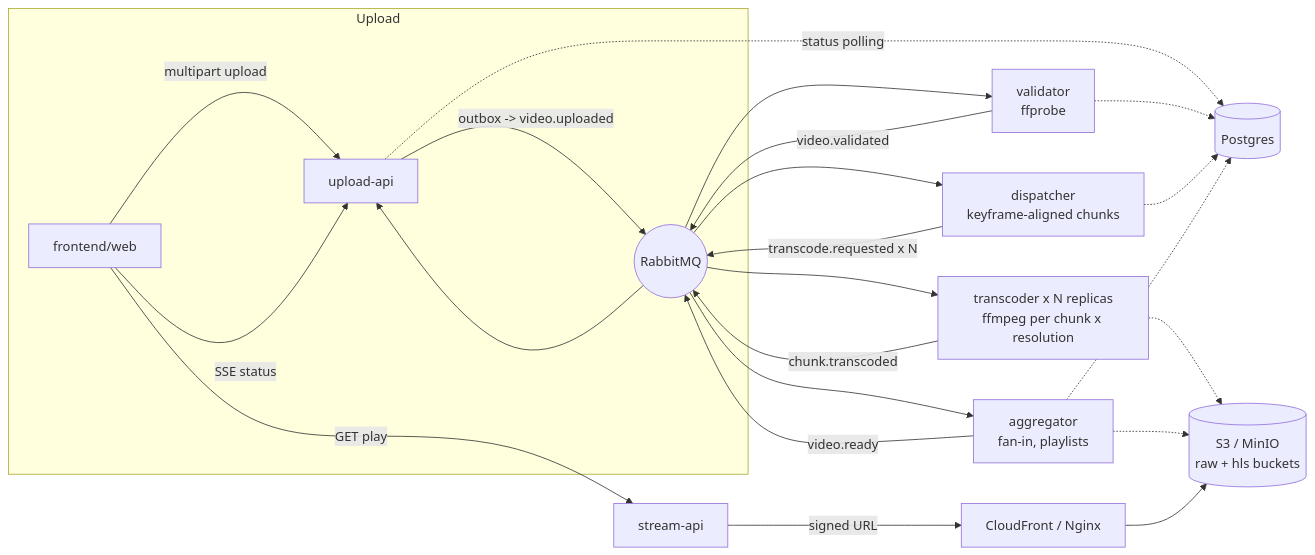
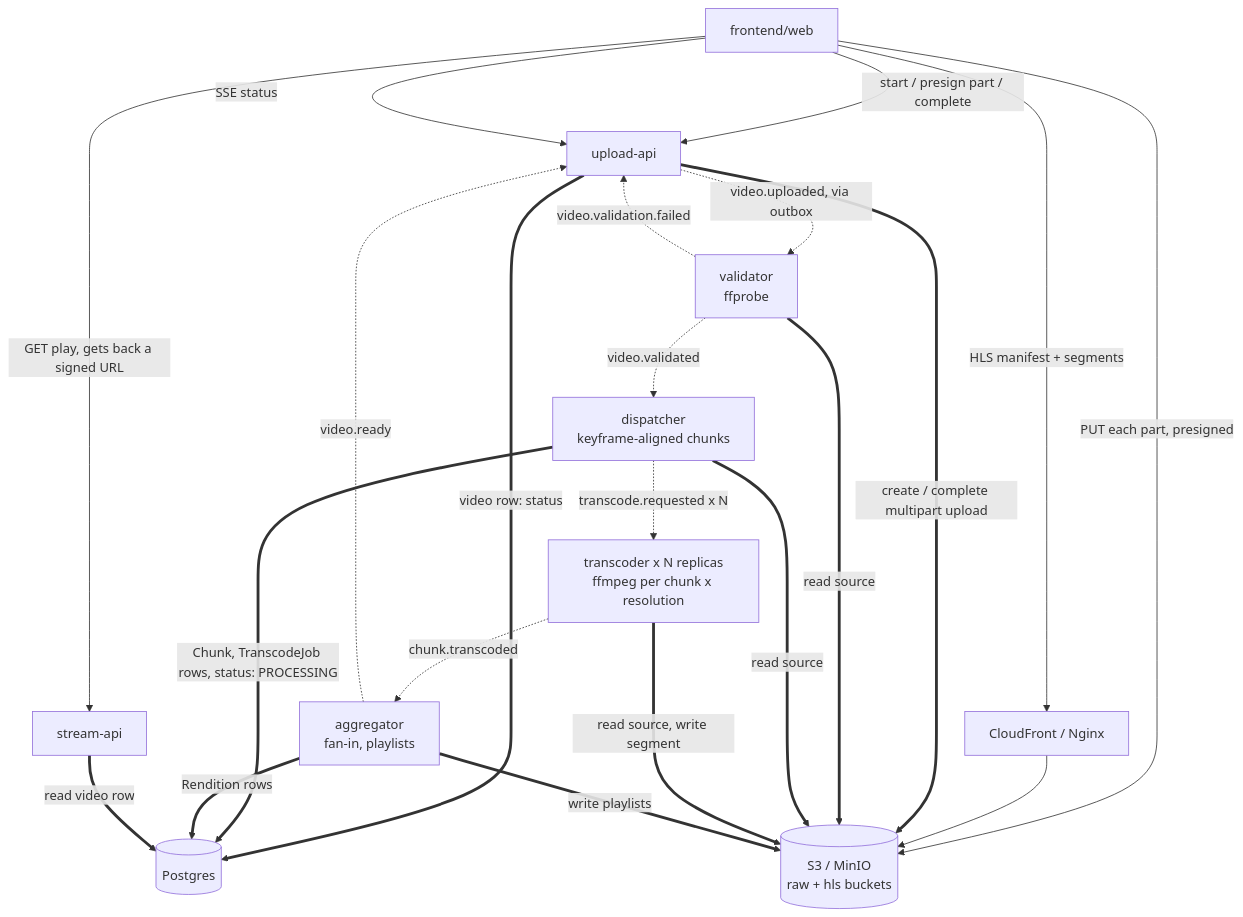
Before and after one commit to luisf4/streaming-service-architecture: the diagram in README.md, drawn with Mermaid. The commit also changed other lines of this file, not shown here.

Commit message:
docs: reescreve o diagrama de arquitetura do README
O diagrama LR com tudo passando por um unico no RabbitMQ virava uma
bagunca de linhas cruzadas, tinha duas imprecisoes (upload nao passa
pelo upload-api, e e o browser que fala com o CDN, nao o stream-api)
e nao mostrava quem le/escreve o que no Postgres/S3. Reescrito como
TD sem o no central, com 3 estilos de seta (chamada sincrona / evento
assincrono / leitura-escrita em storage) documentados na legenda.

````diff
--- a/README.md
+++ b/README.md
@@ -12,29 +12,40 @@
 ```mermaid
-flowchart LR
-    subgraph Upload
-        FE[frontend/web] -->|multipart upload| UA[upload-api]
-        UA -->|outbox -> video.uploaded| MQ((RabbitMQ))
-    end
+flowchart TD
+    FE[frontend/web]
+    UA[upload-api]
+    VAL[validator<br/>ffprobe]
+    DIS[dispatcher<br/>keyframe-aligned chunks]
+    TC[transcoder x N replicas<br/>ffmpeg per chunk x resolution]
+    AGG[aggregator<br/>fan-in, playlists]
+    SA[stream-api]
+    CDN[CloudFront / Nginx]
+    DB[(Postgres)]
+    S3[(S3 / MinIO<br/>raw + hls buckets)]
 
-    MQ --> VAL[validator<br/>ffprobe]
-    VAL -->|video.validated| MQ
-    MQ --> DIS[dispatcher<br/>keyframe-aligned chunks]
-    DIS -->|transcode.requested x N| MQ
-    MQ --> TC[transcoder x N replicas<br/>ffmpeg per chunk x resolution]
-    TC -->|chunk.transcoded| MQ
-    MQ --> AGG[aggregator<br/>fan-in, playlists]
-    AGG -->|video.ready| MQ
-    MQ --> UA
+    %% synchronous calls, and the browser's own direct-to-storage data plane
+    FE -->|start / presign part / complete| UA
+    FE -->|PUT each part, presigned| S3
+    FE -->|SSE status| UA
+    FE -->|GET play, gets back a signed URL| SA
+    FE -->|HLS manifest + segments| CDN
+    CDN --> S3
 
-    UA -.status polling.-> DB[(Postgres)]
-    VAL -.-> DB
-    DIS -.-> DB
-    TC -.-> S3[(S3 / MinIO<br/>raw + hls buckets)]
-    AGG -.-> S3
-    AGG -.-> DB
+    %% one async event each, over one shared RabbitMQ broker
+    UA -.->|video.uploaded, via outbox| VAL
+    VAL -.->|video.validated| DIS
+    VAL -.->|video.validation.failed| UA
+    DIS -.->|transcode.requested x N| TC
+    TC -.->|chunk.transcoded| AGG
+    AGG -.->|video.ready| UA
 
-    FE -->|SSE status| UA
-    FE -->|GET play| SA[stream-api]
-    SA -->|signed URL| CDN[CloudFront / Nginx]
-    CDN --> S3
+    %% storage: who reads/writes what
+    UA ==>|video row: status| DB
+    UA ==>|create / complete multipart upload| S3
+    VAL ==>|read source| S3
+    DIS ==>|read source| S3
+    DIS ==>|Chunk, TranscodeJob rows, status: PROCESSING| DB
+    TC ==>|read source, write segment| S3
+    AGG ==>|Rendition rows| DB
+    AGG ==>|write playlists| S3
+    SA ==>|read video row| DB
 ```
````
